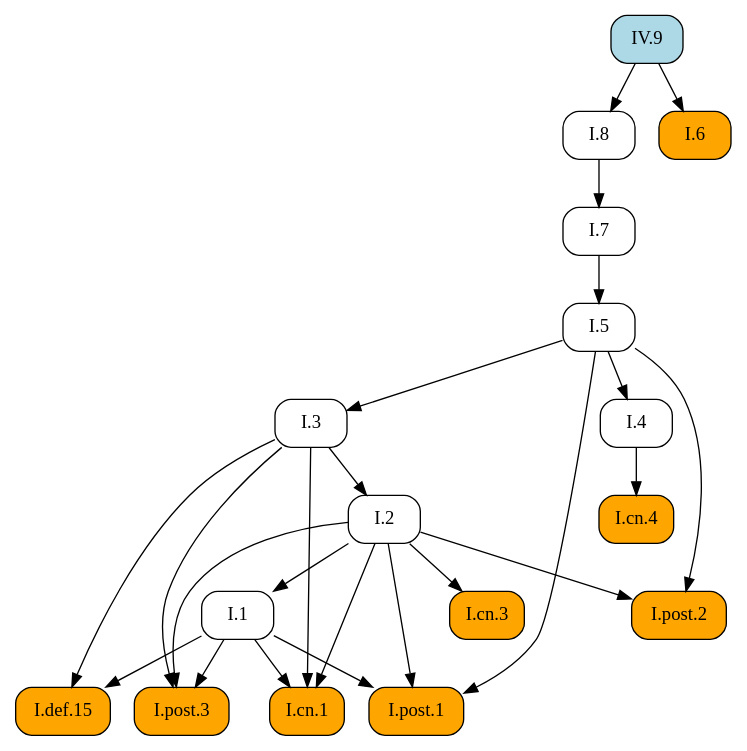
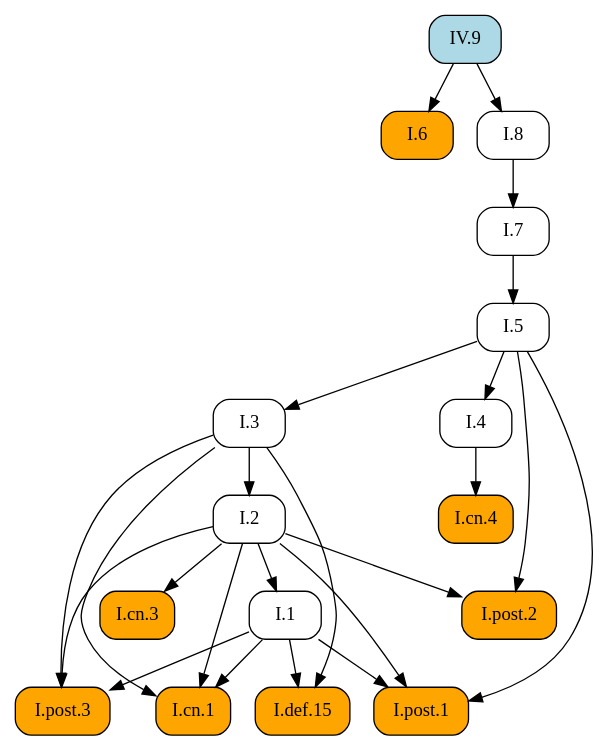
The diagram in docsrc/heath/IV/9/index.rst (geometor/elements), drawn with Graphviz before and after one commit. The commit also changed other lines of this file and 1029 other files, not shown here.

```diff
--- a/docsrc/heath/IV/9/index.rst
+++ b/docsrc/heath/IV/9/index.rst
@@ -51,45 +51,45 @@
 .. graphviz::
 
    digraph {
      rankdir="TB";
      node [shape=box, style=rounded];
      "I.def.15" [style="rounded,filled", fillcolor=orange, URL="/heath/I/def.15/", target="_top"];
+     "I.post.3" [style="rounded,filled", fillcolor=orange, URL="/heath/I/post.3/", target="_top"];
      "I.1" [URL="/heath/I/1/", target="_top"];
+     "IV.9" [style="rounded,filled", fillcolor=lightblue, URL="/heath/IV/9/", target="_top"];
+     "I.7" [URL="/heath/I/7/", target="_top"];
+     "I.6" [style="rounded,filled", fillcolor=orange, URL="/heath/I/6/", target="_top"];
+     "I.3" [URL="/heath/I/3/", target="_top"];
+     "I.cn.1" [style="rounded,filled", fillcolor=orange, URL="/heath/I/cn.1/", target="_top"];
+     "I.8" [URL="/heath/I/8/", target="_top"];
+     "I.cn.3" [style="rounded,filled", fillcolor=orange, URL="/heath/I/cn.3/", target="_top"];
+     "I.2" [URL="/heath/I/2/", target="_top"];
+     "I.4" [URL="/heath/I/4/", target="_top"];
+     "I.cn.4" [style="rounded,filled", fillcolor=orange, URL="/heath/I/cn.4/", target="_top"];
+     "I.post.1" [style="rounded,filled", fillcolor=orange, URL="/heath/I/post.1/", target="_top"];
+     "I.post.2" [style="rounded,filled", fillcolor=orange, URL="/heath/I/post.2/", target="_top"];
      "I.5" [URL="/heath/I/5/", target="_top"];
-     "I.post.3" [style="rounded,filled", fillcolor=orange, URL="/heath/I/post.3/", target="_top"];
-     "I.post.1" [style="rounded,filled", fillcolor=orange, URL="/heath/I/post.1/", target="_top"];
-     "I.cn.3" [style="rounded,filled", fillcolor=orange, URL="/heath/I/cn.3/", target="_top"];
-     "I.7" [URL="/heath/I/7/", target="_top"];
-     "IV.9" [style="rounded,filled", fillcolor=lightblue, URL="/heath/IV/9/", target="_top"];
-     "I.4" [URL="/heath/I/4/", target="_top"];
-     "I.3" [URL="/heath/I/3/", target="_top"];
-     "I.cn.4" [style="rounded,filled", fillcolor=orange, URL="/heath/I/cn.4/", target="_top"];
-     "I.8" [URL="/heath/I/8/", target="_top"];
-     "I.cn.1" [style="rounded,filled", fillcolor=orange, URL="/heath/I/cn.1/", target="_top"];
-     "I.post.2" [style="rounded,filled", fillcolor=orange, URL="/heath/I/post.2/", target="_top"];
-     "I.2" [URL="/heath/I/2/", target="_top"];
-     "I.6" [style="rounded,filled", fillcolor=orange, URL="/heath/I/6/", target="_top"];
      "I.1" -> "I.def.15";
      "I.3" -> "I.def.15";
-     "I.2" -> "I.1";
-     "I.7" -> "I.5";
      "I.1" -> "I.post.3";
      "I.2" -> "I.post.3";
      "I.3" -> "I.post.3";
+     "I.2" -> "I.1";
+     "I.8" -> "I.7";
+     "IV.9" -> "I.6";
+     "I.5" -> "I.3";
+     "I.1" -> "I.cn.1";
+     "I.2" -> "I.cn.1";
+     "I.3" -> "I.cn.1";
+     "IV.9" -> "I.8";
+     "I.2" -> "I.cn.3";
+     "I.3" -> "I.2";
+     "I.5" -> "I.4";
+     "I.4" -> "I.cn.4";
      "I.1" -> "I.post.1";
      "I.2" -> "I.post.1";
      "I.5" -> "I.post.1";
-     "I.2" -> "I.cn.3";
-     "I.8" -> "I.7";
-     "I.5" -> "I.4";
-     "I.5" -> "I.3";
-     "I.4" -> "I.cn.4";
-     "IV.9" -> "I.8";
-     "I.1" -> "I.cn.1";
-     "I.2" -> "I.cn.1";
-     "I.3" -> "I.cn.1";
      "I.2" -> "I.post.2";
      "I.5" -> "I.post.2";
-     "I.3" -> "I.2";
-     "IV.9" -> "I.6";
+     "I.7" -> "I.5";
    }
```
